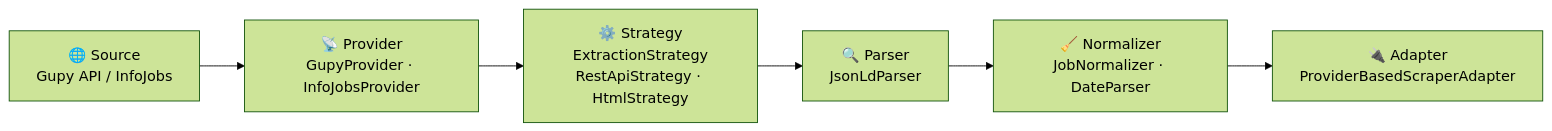
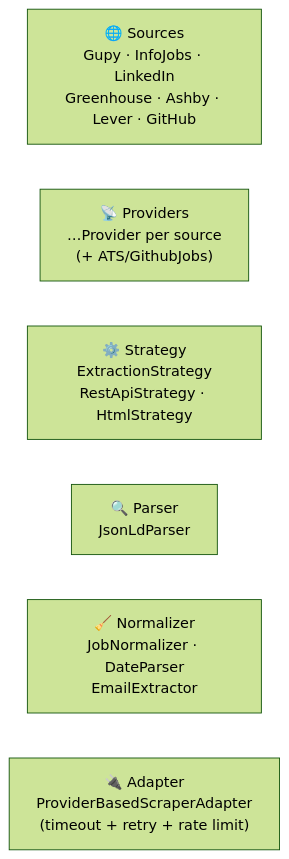
The sixth of 6 diagrams in README.md (Uzzoper/job-hunter), drawn with Mermaid (forest theme) before and after one commit. The commit also changed other lines of this file, not shown here.

Commit message:
docs: rewrite README — fix inverted email flow, add ATS/GitHub sources, reorder quickstart first

````diff
--- a/README.md
+++ b/README.md
@@ -317,11 +582,9 @@
 ```mermaid
 flowchart LR
-    Src["🌐 Source<br/>Gupy API / InfoJobs"]
-    Prov["📡 Provider<br/>GupyProvider · InfoJobsProvider"]
+    Src["🌐 Sources<br/>Gupy · InfoJobs · LinkedIn<br/>Greenhouse · Ashby · Lever · GitHub"]
+    Prov["📡 Providers<br/>…Provider per source<br/>(+ ATS/GithubJobs)"]
     Strat["⚙️ Strategy<br/>ExtractionStrategy<br/>RestApiStrategy · HtmlStrategy"]
     Pars["🔍 Parser<br/>JsonLdParser"]
-    Norm["🧹 Normalizer<br/>JobNormalizer · DateParser"]
-    Adpt["🔌 Adapter<br/>ProviderBasedScraperAdapter"]
-
-    Src --> Prov --> Strat --> Pars --> Norm --> Adpt
+    Norm["🧹 Normalizer<br/>JobNormalizer · DateParser<br/>EmailExtractor"]
+    Adpt["🔌 Adapter<br/>ProviderBasedScraperAdapter<br/>(timeout + retry + rate limit)"]
 ```
````
